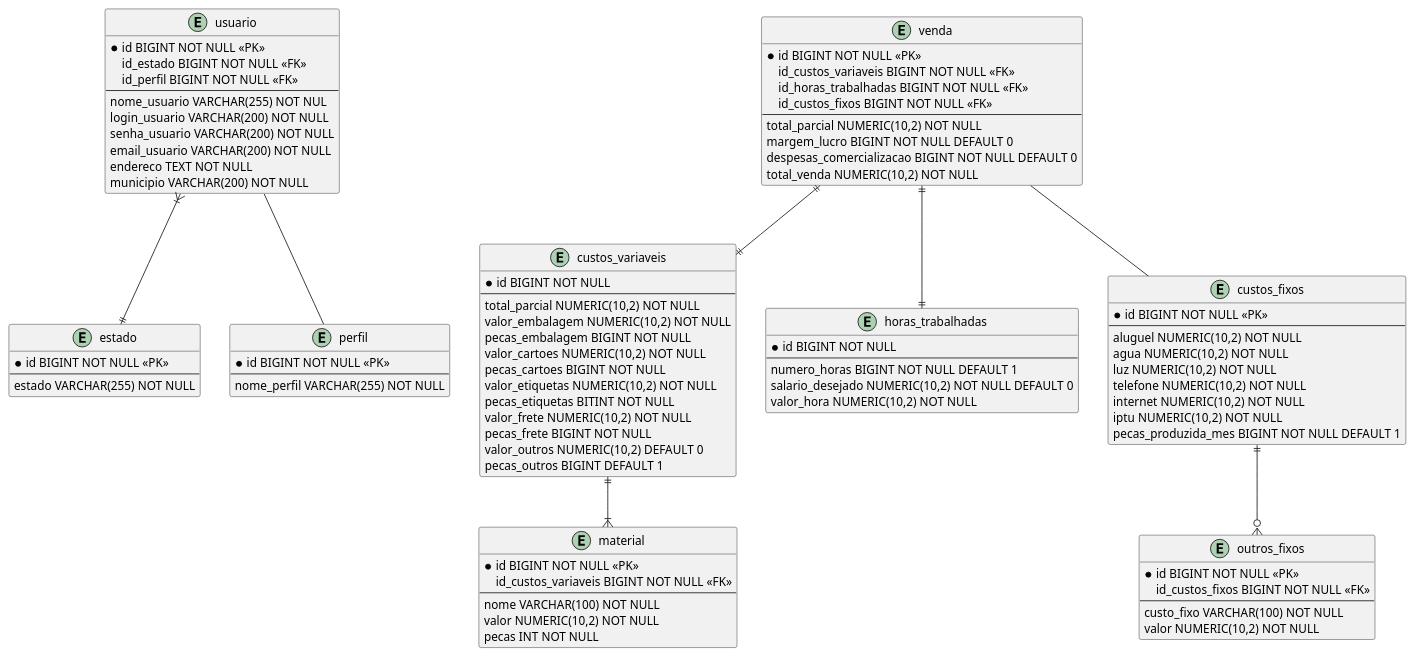
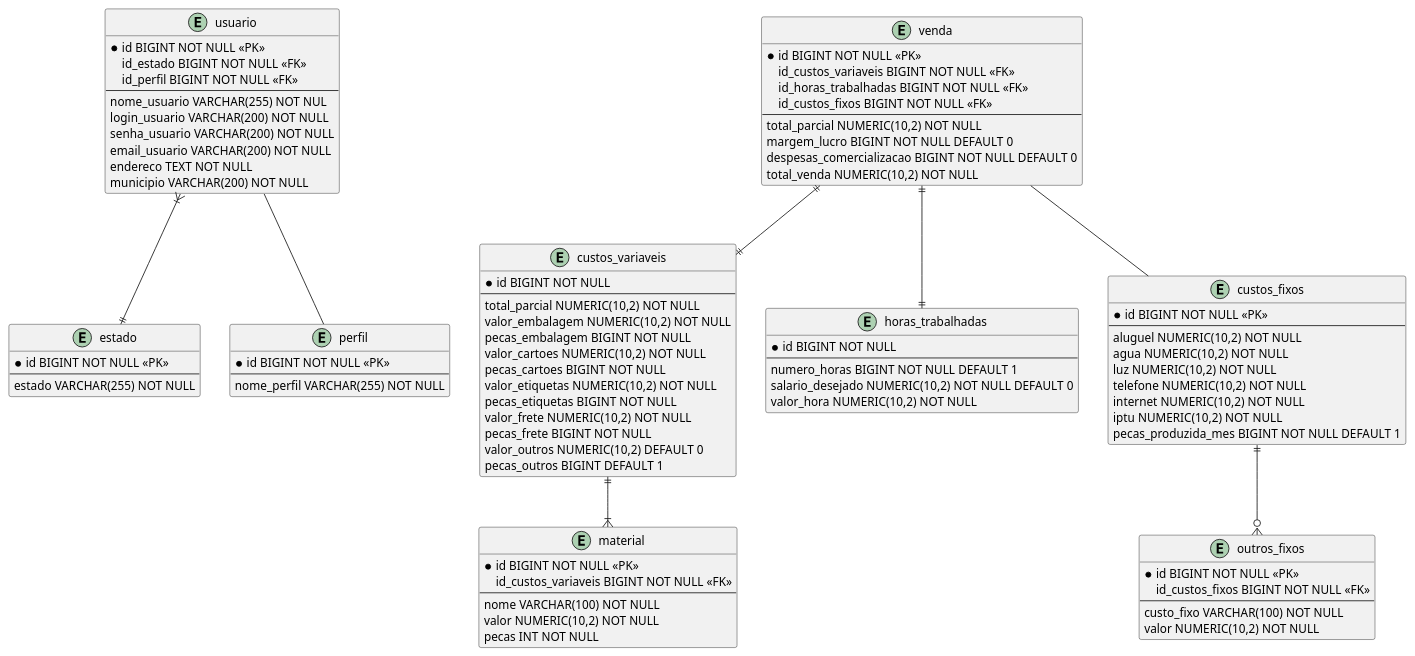
The diagram in modelagem/banco.wsd (galaticghost/precificacao-pecas), drawn with PlantUML before and after one commit. The commit also changed 7 other files, not shown here.

```diff
--- a/modelagem/banco.wsd
+++ b/modelagem/banco.wsd
@@ -1,101 +1,101 @@
 @startuml Banco
 
 entity usuario {
     *id BIGINT NOT NULL <<PK>>
     id_estado BIGINT NOT NULL <<FK>>
     id_perfil BIGINT NOT NULL <<FK>>
     --
     nome_usuario VARCHAR(255) NOT NUL
     login_usuario VARCHAR(200) NOT NULL
     senha_usuario VARCHAR(200) NOT NULL
     email_usuario VARCHAR(200) NOT NULL
     endereco TEXT NOT NULL
     municipio VARCHAR(200) NOT NULL
 }
 
 entity estado {
     *id BIGINT NOT NULL <<PK>>
     --
     estado VARCHAR(255) NOT NULL
 }
 
 entity perfil {
     *id BIGINT NOT NULL <<PK>>
     --
     nome_perfil VARCHAR(255) NOT NULL
 }
 
 entity custos_variaveis {
     *id BIGINT NOT NULL
     --
     total_parcial NUMERIC(10,2) NOT NULL
     valor_embalagem NUMERIC(10,2) NOT NULL
     pecas_embalagem BIGINT NOT NULL
     valor_cartoes NUMERIC(10,2) NOT NULL
     pecas_cartoes BIGINT NOT NULL
     valor_etiquetas NUMERIC(10,2) NOT NULL
-    pecas_etiquetas BITINT NOT NULL
+    pecas_etiquetas BIGINT NOT NULL
     valor_frete NUMERIC(10,2) NOT NULL
     pecas_frete BIGINT NOT NULL
     valor_outros NUMERIC(10,2) DEFAULT 0
     pecas_outros BIGINT DEFAULT 1
 }
 
 entity horas_trabalhadas {
     *id BIGINT NOT NULL
     --
     numero_horas BIGINT NOT NULL DEFAULT 1
     salario_desejado NUMERIC(10,2) NOT NULL DEFAULT 0
     valor_hora NUMERIC(10,2) NOT NULL 
 }
 
 entity custos_fixos {
     *id BIGINT NOT NULL <<PK>>
     --
     aluguel NUMERIC(10,2) NOT NULL
     agua NUMERIC(10,2) NOT NULL
     luz NUMERIC(10,2) NOT NULL
     telefone NUMERIC(10,2) NOT NULL
     internet NUMERIC(10,2) NOT NULL
     iptu NUMERIC(10,2) NOT NULL
     pecas_produzida_mes BIGINT NOT NULL DEFAULT 1
 }
 
 entity outros_fixos {
     *id BIGINT NOT NULL <<PK>>
     id_custos_fixos BIGINT NOT NULL <<FK>>
     --
     custo_fixo VARCHAR(100) NOT NULL
     valor NUMERIC(10,2) NOT NULL
 }
 
 entity material {
     *id BIGINT NOT NULL <<PK>>
     id_custos_variaveis BIGINT NOT NULL <<FK>>
     --
     nome VARCHAR(100) NOT NULL
     valor NUMERIC(10,2) NOT NULL
     pecas INT NOT NULL
 }
 
 entity venda {
     *id BIGINT NOT NULL <<PK>>
     id_custos_variaveis BIGINT NOT NULL <<FK>>
     id_horas_trabalhadas BIGINT NOT NULL <<FK>>
     id_custos_fixos BIGINT NOT NULL <<FK>>
     --
     total_parcial NUMERIC(10,2) NOT NULL
     margem_lucro BIGINT NOT NULL DEFAULT 0
     despesas_comercializacao BIGINT NOT NULL DEFAULT 0
     total_venda NUMERIC(10,2) NOT NULL
 }
 
 usuario }|--|| estado
 usuario -- perfil
 venda ||--|| custos_variaveis
 venda ||--|| horas_trabalhadas
 venda -- custos_fixos
 custos_variaveis ||--|{ material
 custos_fixos ||--o{ outros_fixos
 
 @enduml
```
